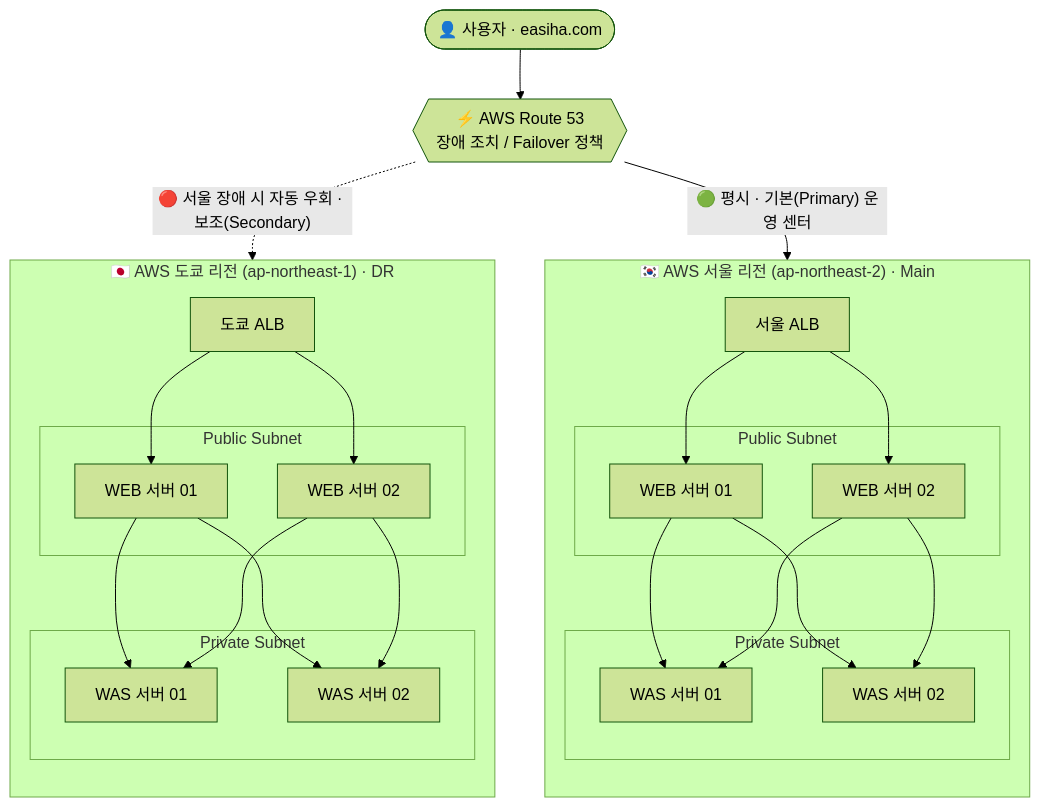
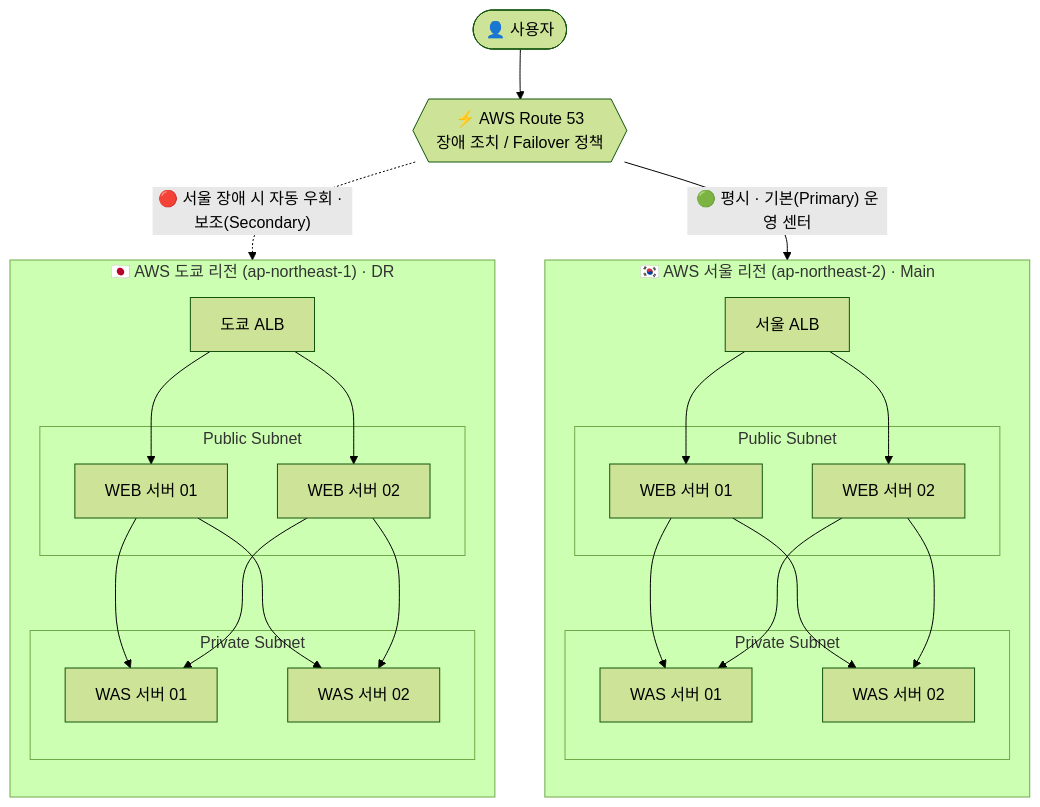
Before and after one commit to younghunlee01/younghunlee01: the diagram in Project/DR/docs/02-architecture.md, drawn with Mermaid (forest theme).

````diff
--- a/Project/DR/docs/02-architecture.md
+++ b/Project/DR/docs/02-architecture.md
@@ -9,38 +9,38 @@
 ```mermaid
 flowchart TD
-    User([👤 사용자 · easiha.com])
+    User([👤 사용자])
     User --> R53{{"⚡ AWS Route 53<br/>장애 조치 / Failover 정책"}}
 
     R53 -->|"🟢 평시 · 기본(Primary) 운영 센터"| SeoulALB
     R53 -.->|"🔴 서울 장애 시 자동 우회 · 보조(Secondary)"| TokyoALB
 
     subgraph Seoul["🇰🇷 AWS 서울 리전 (ap-northeast-2) · Main"]
         direction TB
         SeoulALB[서울 ALB]
         subgraph SPub["Public Subnet"]
             SW1[WEB 서버 01]
             SW2[WEB 서버 02]
         end
         subgraph SPri["Private Subnet"]
             SA1[WAS 서버 01]
             SA2[WAS 서버 02]
         end
         SeoulALB --> SW1 & SW2
         SW1 & SW2 --> SA1 & SA2
     end
 
     subgraph Tokyo["🇯🇵 AWS 도쿄 리전 (ap-northeast-1) · DR"]
         direction TB
         TokyoALB[도쿄 ALB]
         subgraph TPub["Public Subnet"]
             TW1[WEB 서버 01]
             TW2[WEB 서버 02]
         end
         subgraph TPri["Private Subnet"]
             TA1[WAS 서버 01]
             TA2[WAS 서버 02]
         end
         TokyoALB --> TW1 & TW2
         TW1 & TW2 --> TA1 & TA2
     end
 ```
````
